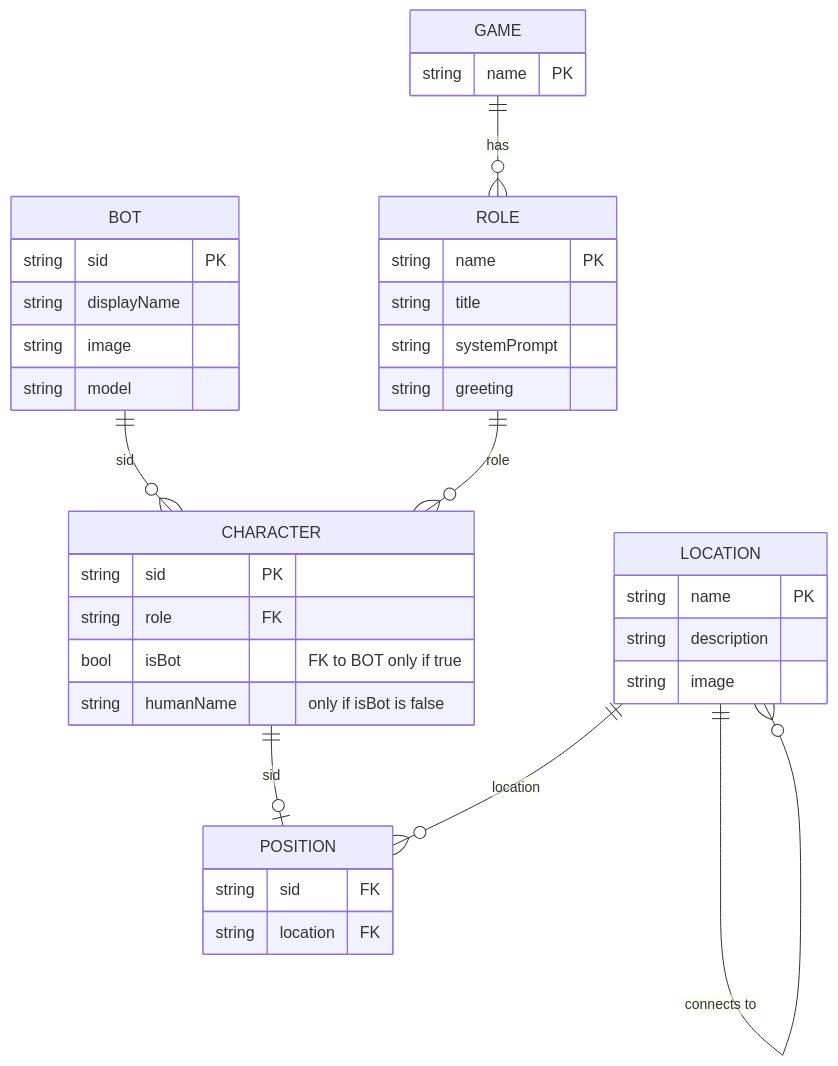
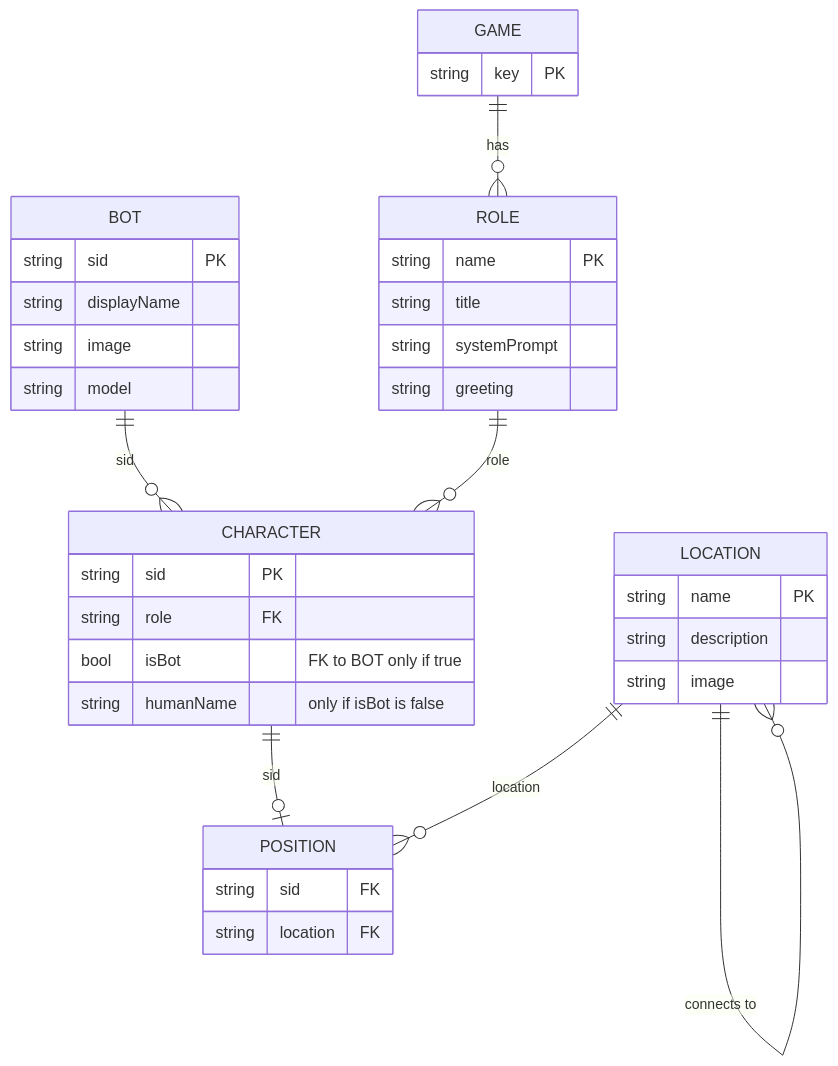
The diagram in python-server/dynamic_functions/Home/GAME.md (ProjectAtlantis-dev/atlantis-mcp-server), drawn with Mermaid before and after one commit. The commit also changed 6 other files, not shown here.

````diff
--- a/python-server/dynamic_functions/Home/GAME.md
+++ b/python-server/dynamic_functions/Home/GAME.md
@@ -3,40 +3,40 @@
 ```mermaid
 erDiagram
     BOT {
         string sid PK
         string displayName
         string image
         string model
     }
     LOCATION {
         string name PK
         string description
         string image
     }
     GAME {
-        string name PK
+        string key PK
     }
     ROLE {
         string name PK
         string title
         string systemPrompt
         string greeting
     }
     CHARACTER {
         string sid PK
         string role FK
         bool isBot "FK to BOT only if true"
         string humanName "only if isBot is false"
     }
     POSITION {
         string sid FK
         string location FK
     }
 
     LOCATION ||--o{ LOCATION : "connects to"
     GAME ||--o{ ROLE : has
     BOT ||--o{ CHARACTER : sid
     ROLE ||--o{ CHARACTER : role
     CHARACTER ||--o| POSITION : sid
     LOCATION ||--o{ POSITION : location
 ```
````
